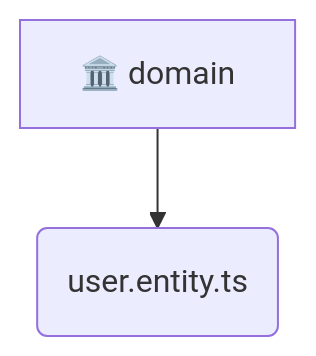
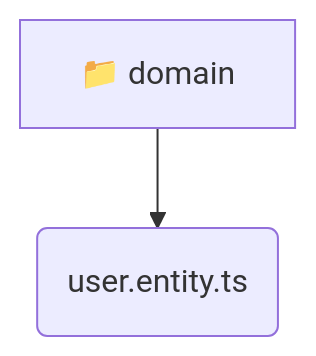
Before and after one commit to beginwebdev2002/fullstack-mavluda: the diagram in backend/src/modules/user/domain/README.md, drawn with Mermaid. The commit also changed other lines of this file and 155 other files, not shown here.

````diff
--- a/backend/src/modules/user/domain/README.md
+++ b/backend/src/modules/user/domain/README.md
@@ -9,5 +9,5 @@
 ```mermaid
 graph TD
-  domain[🏛️ domain]
-  domain --> user_entity_ts(user.entity.ts)
+  domain[📁 domain]
+  domain --> domain_user_entity_ts(user.entity.ts)
 ```
````
